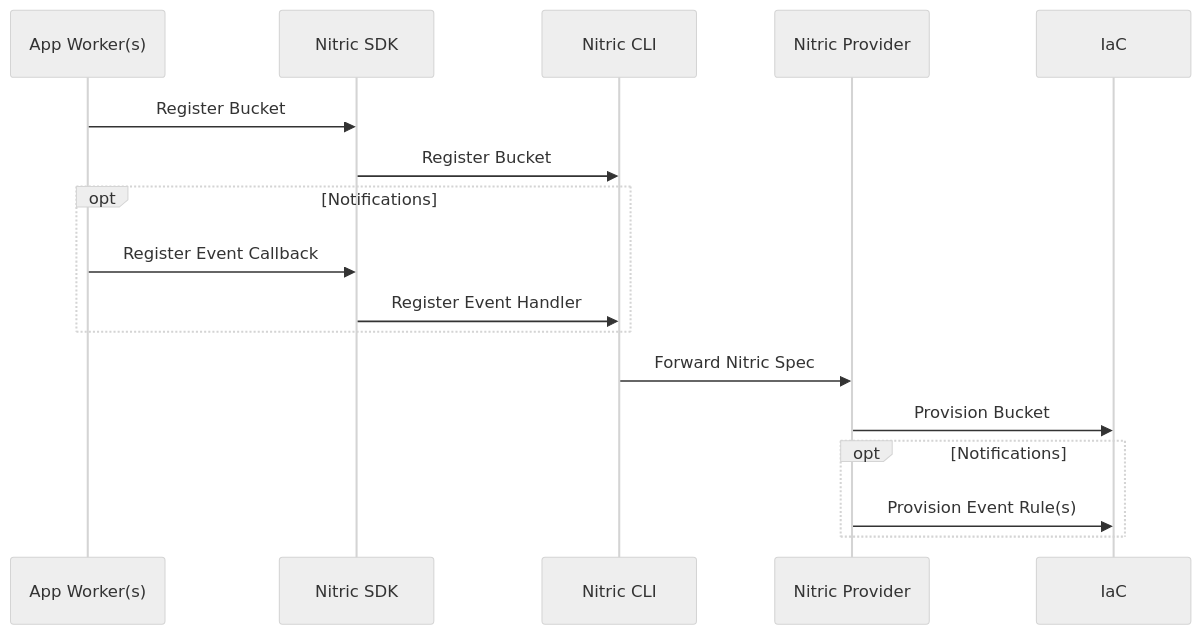
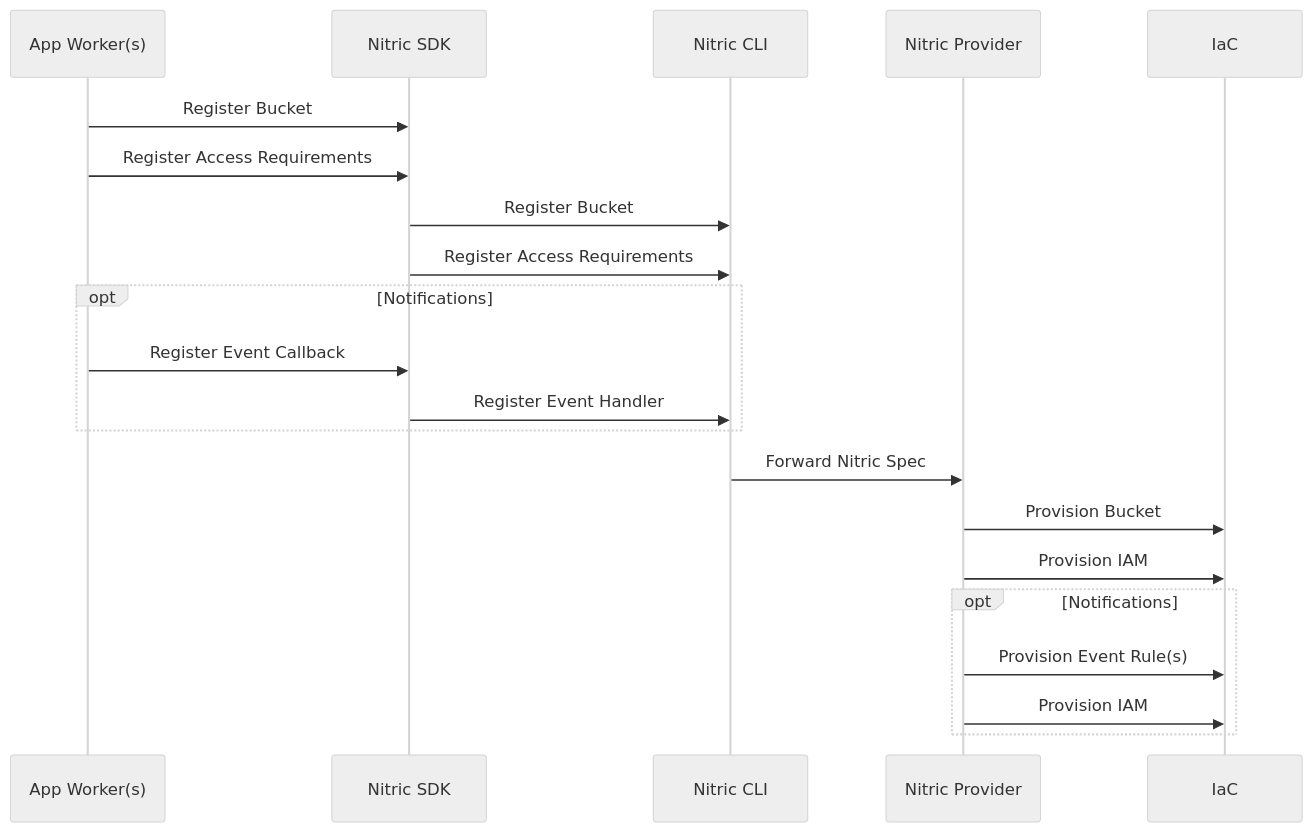
Before and after one commit to nitrictech/docs: the third of 4 diagrams in docs/architecture/buckets.mdx, drawn with Mermaid (neutral theme). The commit also changed 1 other file, not shown here.

Commit message:
update kv sequences

````diff
--- a/docs/architecture/buckets.mdx
+++ b/docs/architecture/buckets.mdx
@@ -92,23 +92,27 @@
 ```mermaid
 sequenceDiagram
     participant Worker as App Worker(s)
     participant SDK as Nitric SDK
     participant Nitric as Nitric CLI
     participant Provider as Nitric Provider
     participant IAC as IaC
 
     Worker->>SDK: Register Bucket
+    Worker->>SDK: Register Access Requirements
     SDK->>Nitric: Register Bucket
+    SDK->>Nitric: Register Access Requirements
 
     opt Notifications
       Worker->>SDK: Register Event Callback
       SDK->>Nitric: Register Event Handler
     end
 
     Nitric->>Provider: Forward Nitric Spec
     Provider->>IAC: Provision Bucket
+    Provider->>IAC: Provision IAM
 
     opt Notifications
       Provider->>IAC: Provision Event Rule(s)
+      Provider->>IAC: Provision IAM
     end
 ```
````
